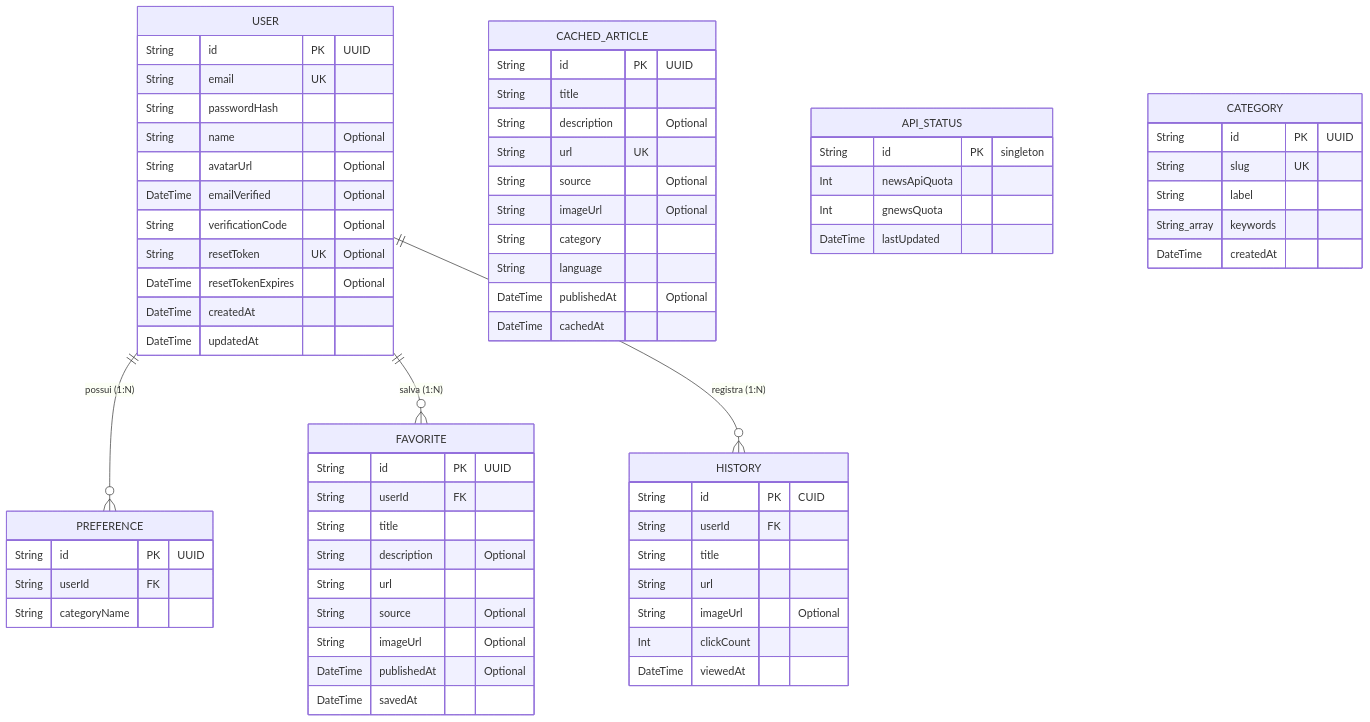
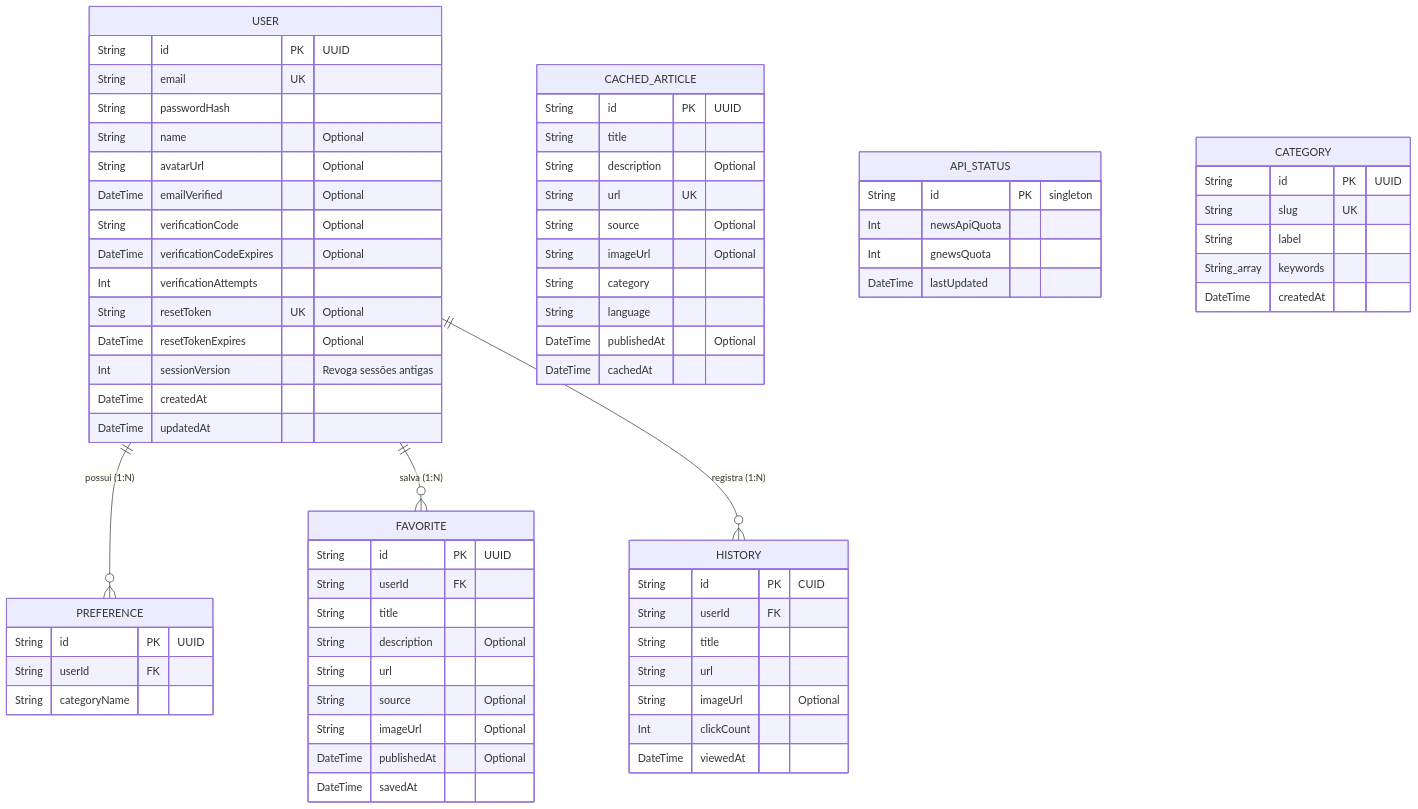
One commit to iambot1193/TrackFeed changed the diagram in docs/database-schema.md. Above: the diagram before and after it, drawn with Mermaid. The commit also changed 52 other files, not shown here.

````diff
--- a/docs/database-schema.md
+++ b/docs/database-schema.md
@@ -11,76 +11,79 @@
 ```mermaid
 erDiagram
     USER ||--o{ PREFERENCE : "possui (1:N)"
     USER ||--o{ FAVORITE : "salva (1:N)"
     USER ||--o{ HISTORY : "registra (1:N)"
     
     USER {
         String id PK "UUID"
         String email UK
         String passwordHash
         String name "Optional"
         String avatarUrl "Optional"
         DateTime emailVerified "Optional"
         String verificationCode "Optional"
+        DateTime verificationCodeExpires "Optional"
+        Int verificationAttempts
         String resetToken UK "Optional"
         DateTime resetTokenExpires "Optional"
+        Int sessionVersion "Revoga sessões antigas"
         DateTime createdAt
         DateTime updatedAt
     }
 
     PREFERENCE {
         String id PK "UUID"
         String userId FK
         String categoryName
     }
 
     FAVORITE {
         String id PK "UUID"
         String userId FK
         String title
         String description "Optional"
         String url
         String source "Optional"
         String imageUrl "Optional"
         DateTime publishedAt "Optional"
         DateTime savedAt
     }
 
     HISTORY {
         String id PK "CUID"
         String userId FK
         String title
         String url
         String imageUrl "Optional"
         Int clickCount
         DateTime viewedAt
     }
 
     CACHED_ARTICLE {
         String id PK "UUID"
         String title
         String description "Optional"
         String url UK
         String source "Optional"
         String imageUrl "Optional"
         String category
         String language
         DateTime publishedAt "Optional"
         DateTime cachedAt
     }
 
     API_STATUS {
         String id PK "singleton"
         Int newsApiQuota
         Int gnewsQuota
         DateTime lastUpdated
     }
 
     CATEGORY {
         String id PK "UUID"
         String slug UK
         String label
         String_array keywords
         DateTime createdAt
     }
 ```
````
